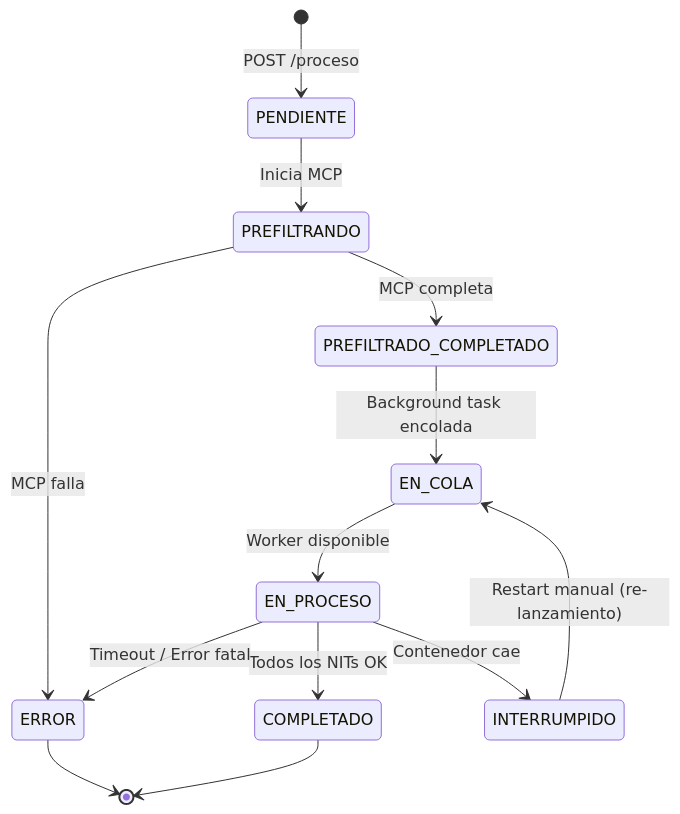
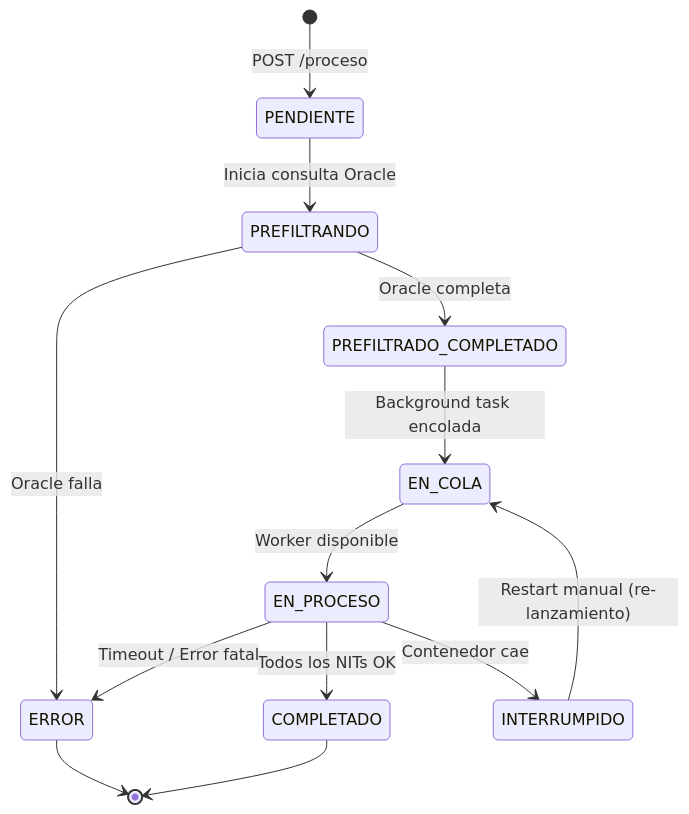
The second of 2 diagrams in docs/02-modelo-datos.md (InforTributos/fiscalia-ia), drawn with Mermaid before and after one commit. The commit also changed other lines of this file and 20 other files, not shown here.

````diff
--- a/docs/02-modelo-datos.md
+++ b/docs/02-modelo-datos.md
@@ -481,15 +481,15 @@
 ```mermaid
 stateDiagram-v2
     [*] --> PENDIENTE: POST /proceso
-    PENDIENTE --> PREFILTRANDO: Inicia MCP
-    PREFILTRANDO --> PREFILTRADO_COMPLETADO: MCP completa
-    PREFILTRANDO --> ERROR: MCP falla
+    PENDIENTE --> PREFILTRANDO: Inicia consulta Oracle
+    PREFILTRANDO --> PREFILTRADO_COMPLETADO: Oracle completa
+    PREFILTRANDO --> ERROR: Oracle falla
     PREFILTRADO_COMPLETADO --> EN_COLA: Background task encolada
     EN_COLA --> EN_PROCESO: Worker disponible
     EN_PROCESO --> COMPLETADO: Todos los NITs OK
     EN_PROCESO --> ERROR: Timeout / Error fatal
     EN_PROCESO --> INTERRUMPIDO: Contenedor cae
     INTERRUMPIDO --> EN_COLA: Restart manual (re-lanzamiento)
     ERROR --> [*]
     COMPLETADO --> [*]
 ```
````
